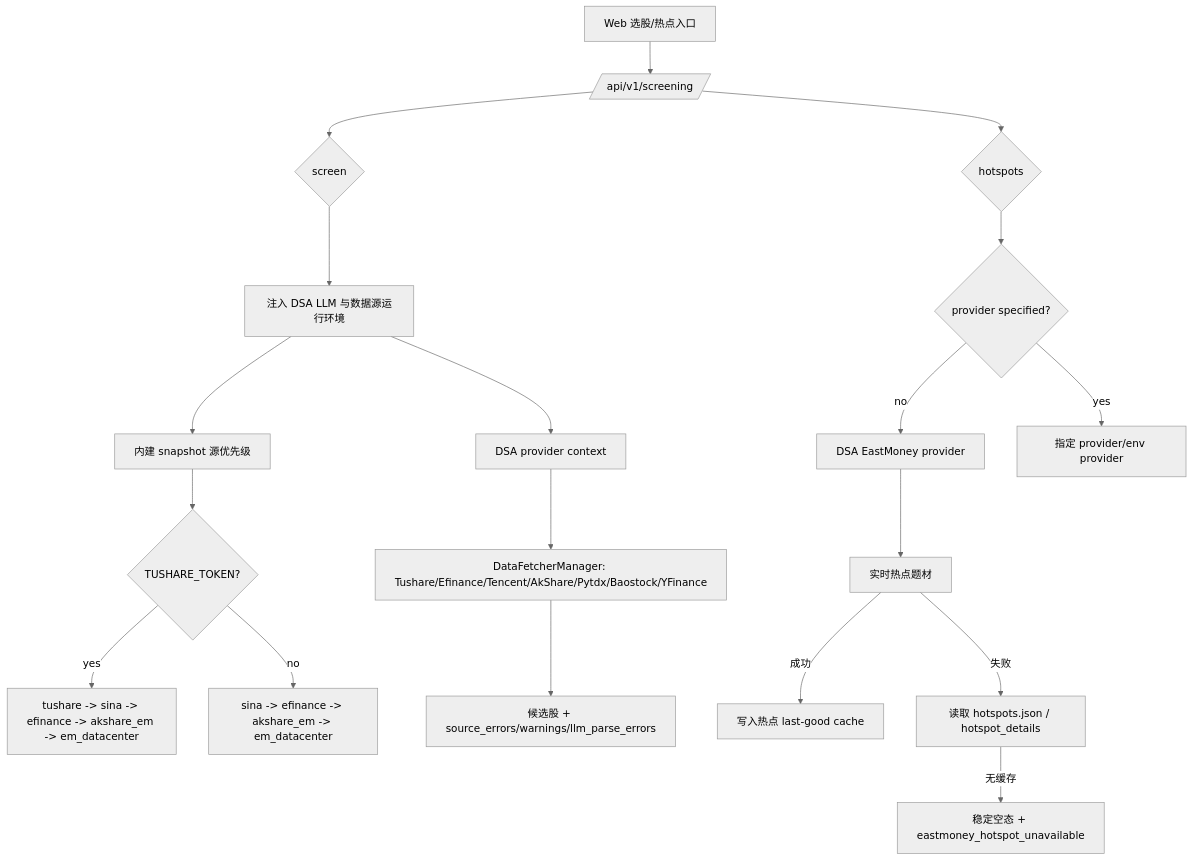
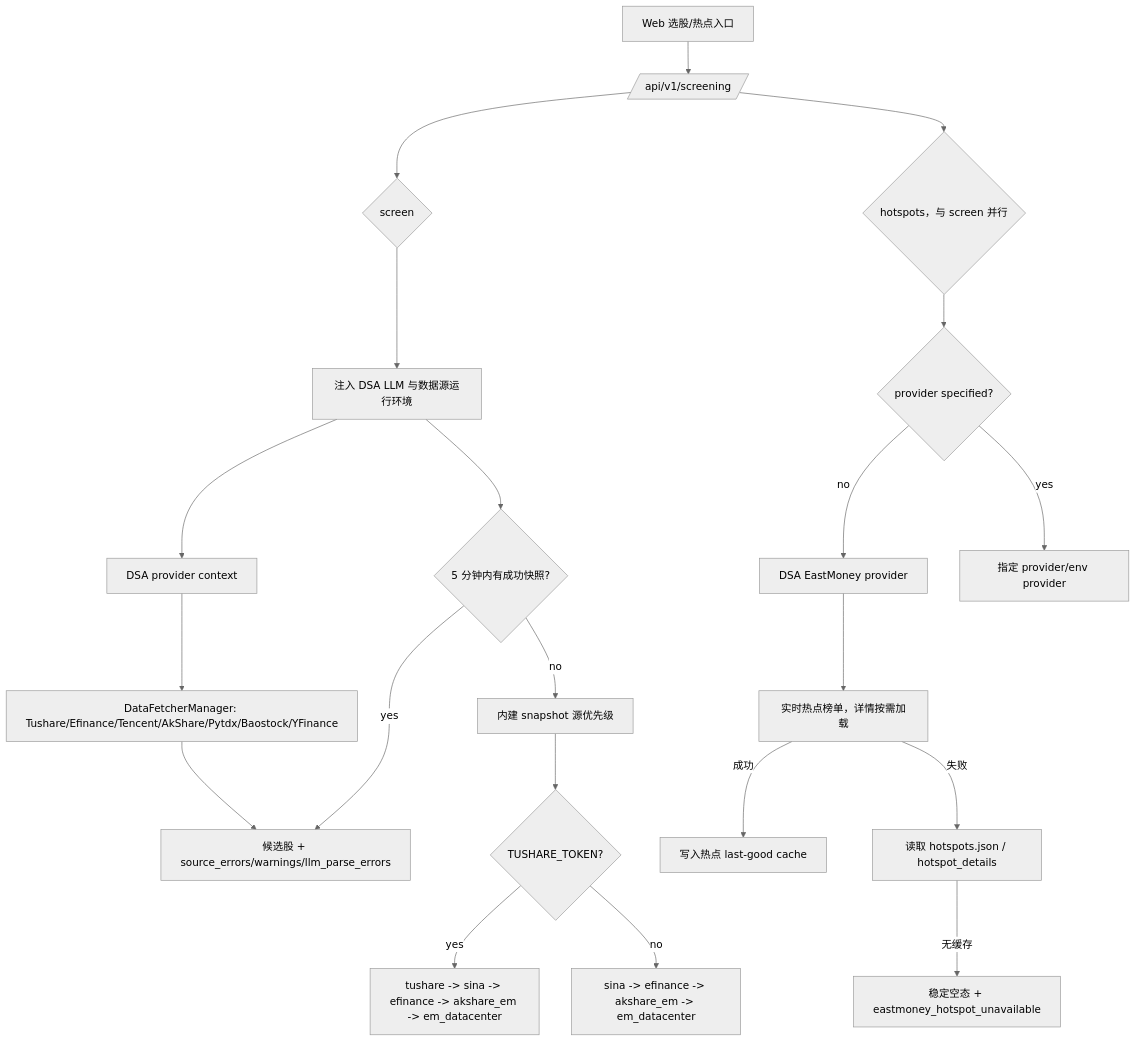
The third of 3 diagrams in docs/data-source-stability.md (fmaresca/daily_stock_analysis), drawn with Mermaid (neutral theme) before and after one commit. The commit also changed other lines of this file and 41 other files, not shown here.

````diff
--- a/docs/data-source-stability.md
+++ b/docs/data-source-stability.md
@@ -96,23 +96,25 @@
 ```mermaid
 flowchart TD
     UI[Web 选股/热点入口] --> API[/api/v1/screening/]
 
     API --> SCREEN{screen}
     SCREEN --> ENV[注入 DSA LLM 与数据源运行环境]
-    ENV --> SNAP[内建 snapshot 源优先级]
+    ENV --> CACHE{5 分钟内有成功快照?}
+    CACHE -->|yes| RESULT
+    CACHE -->|no| SNAP[内建 snapshot 源优先级]
     SNAP --> TS{TUSHARE_TOKEN?}
     TS -->|yes| SP1[tushare -> sina -> efinance -> akshare_em -> em_datacenter]
     TS -->|no| SP2[sina -> efinance -> akshare_em -> em_datacenter]
     ENV --> DAILY[DSA provider context]
     DAILY --> DFM[DataFetcherManager: Tushare/Efinance/Tencent/AkShare/Pytdx/Baostock/YFinance]
     DFM --> RESULT[候选股 + source_errors/warnings/llm_parse_errors]
 
-    API --> HOT{hotspots}
+    API --> HOT{hotspots，与 screen 并行}
     HOT --> HP{provider specified?}
     HP -->|no| EM[DSA EastMoney provider]
     HP -->|yes| CUSTOM[指定 provider/env provider]
-    EM --> LIVE[实时热点题材]
+    EM --> LIVE[实时热点榜单，详情按需加载]
     LIVE -->|成功| HCACHE[写入热点 last-good cache]
     LIVE -->|失败| OLD[读取 hotspots.json / hotspot_details]
     OLD -->|无缓存| EMPTY[稳定空态 + eastmoney_hotspot_unavailable]
 ```
````
